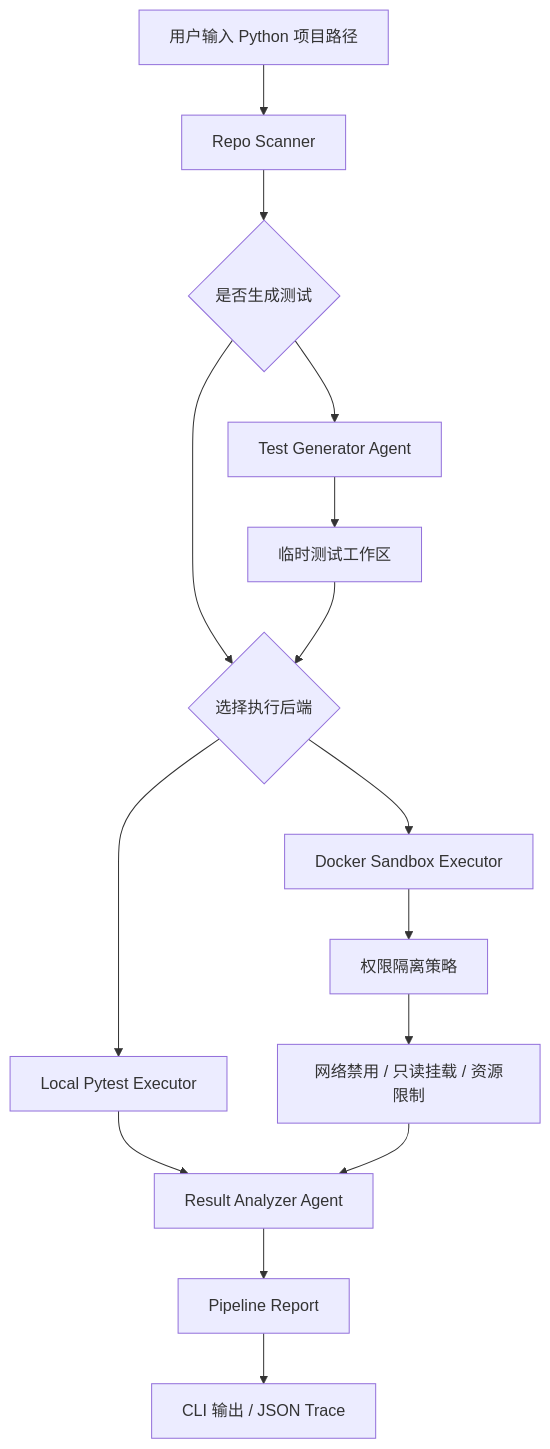
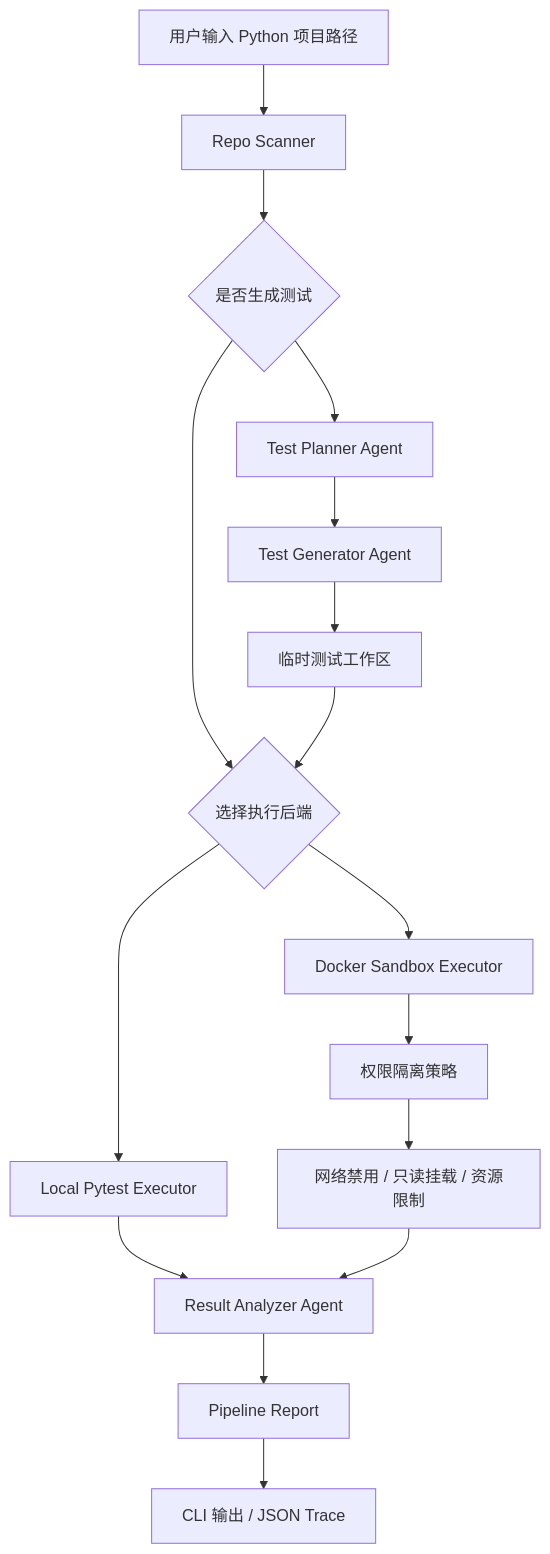
Before and after one commit to Isaacsen/cs599-project: the first of 2 diagrams in docs/architecture.md, drawn with Mermaid. The commit also changed other lines of this file and 11 other files, not shown here.

Commit message:
Add test planning agent

````diff
--- a/docs/architecture.md
+++ b/docs/architecture.md
@@ -5,17 +5,18 @@
 ```mermaid
 flowchart TD
     A["用户输入 Python 项目路径"] --> B["Repo Scanner"]
     B --> C{"是否生成测试"}
-    C --> D["Test Generator Agent"]
-    D --> E["临时测试工作区"]
+    C --> D["Test Planner Agent"]
+    D --> E["Test Generator Agent"]
+    E --> N["临时测试工作区"]
     C --> F{"选择执行后端"}
-    E --> F
+    N --> F
     F --> G["Local Pytest Executor"]
     F --> H["Docker Sandbox Executor"]
     H --> I["权限隔离策略"]
     I --> J["网络禁用 / 只读挂载 / 资源限制"]
     G --> K["Result Analyzer Agent"]
     J --> K
     K --> L["Pipeline Report"]
     L --> M["CLI 输出 / JSON Trace"]
 ```
````
